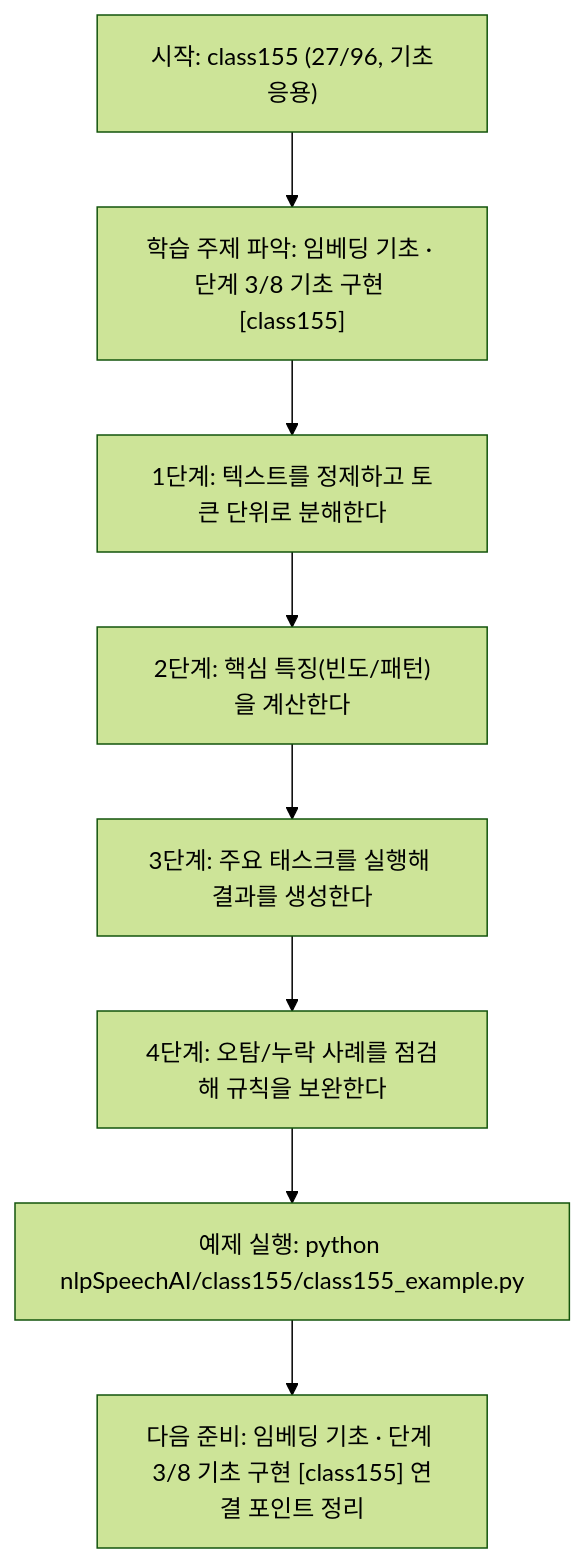
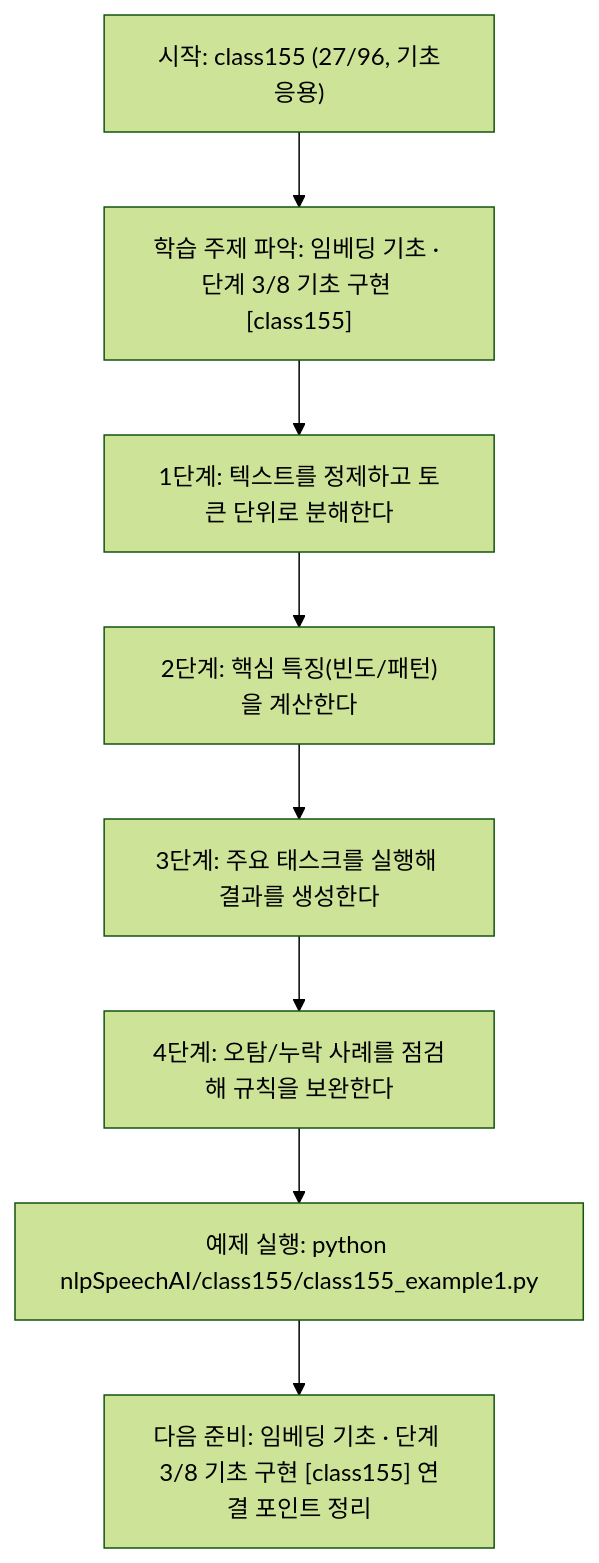
One commit to edumgt/Python-AI_Agent-Class changed the diagram in nlpSpeechAI/class155/class155.md. Above: the diagram before and after it, drawn with Mermaid (forest theme). The commit also changed other lines of this file and 2959 other files, not shown here.

````diff
--- a/nlpSpeechAI/class155/class155.md
+++ b/nlpSpeechAI/class155/class155.md
@@ -113,18 +113,18 @@
 ```mermaid
 flowchart TD
 N1["시작: class155 (27/96, 기초응용)"]
 N2["학습 주제 파악: 임베딩 기초 · 단계 3/8 기초 구현 [class155]"]
 N3["1단계: 텍스트를 정제하고 토큰 단위로 분해한다"]
 N4["2단계: 핵심 특징(빈도/패턴)을 계산한다"]
 N5["3단계: 주요 태스크를 실행해 결과를 생성한다"]
 N6["4단계: 오탐/누락 사례를 점검해 규칙을 보완한다"]
-N7["예제 실행: python nlpSpeechAI/class155/class155_example.py"]
+N7["예제 실행: python nlpSpeechAI/class155/class155_example1.py"]
 N8["다음 준비: 임베딩 기초 · 단계 3/8 기초 구현 [class155] 연결 포인트 정리"]
 N1 --> N2
 N2 --> N3
 N3 --> N4
 N4 --> N5
 N5 --> N6
 N6 --> N7
 N7 --> N8
 ```
````
